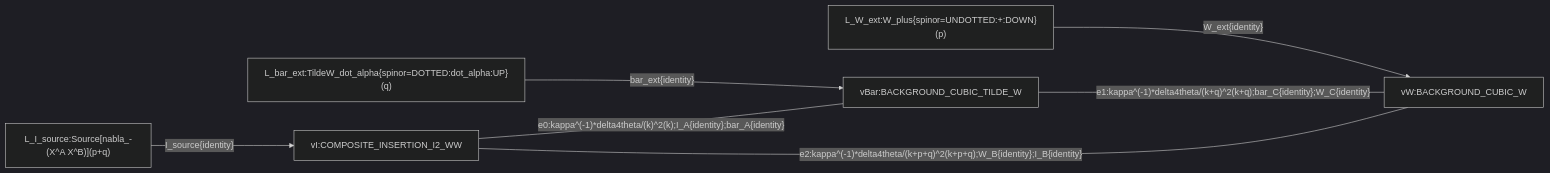
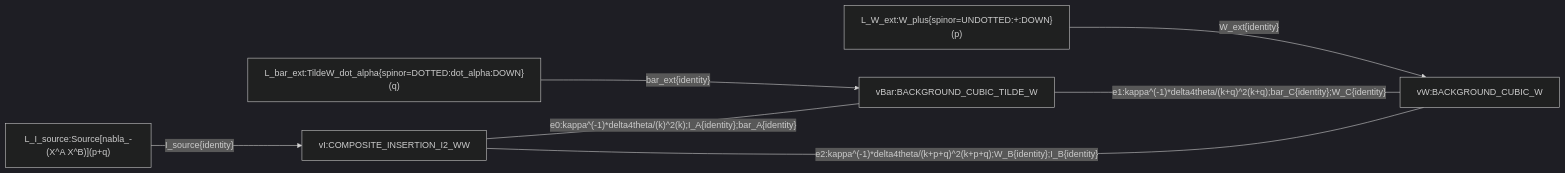
One commit to lbotao399-stack/anomaly-ward-identity-in-susy-theories changed the second of 2 diagrams in generated/step5/typed-pipeline/ww-direct.md. Above: the diagram before and after it, drawn with Mermaid (dark theme). The commit also changed other lines of this file and 150 other files, not shown here.

````diff
--- a/generated/step5/typed-pipeline/ww-direct.md
+++ b/generated/step5/typed-pipeline/ww-direct.md
@@ -67,15 +69,15 @@
 ```mermaid
 graph LR
   vI["vI:COMPOSITE_INSERTION_I2_WW"]
   vBar["vBar:BACKGROUND_CUBIC_TILDE_W"]
   vW["vW:BACKGROUND_CUBIC_W"]
   X_L_I_source["L_I_source:Source[nabla_-(X^A X^B)](p+q)"]
   X_L_I_source -- "I_source{identity}" --> vI
-  X_L_bar_ext["L_bar_ext:TildeW_dot_alpha{spinor=DOTTED:dot_alpha:UP}(q)"]
+  X_L_bar_ext["L_bar_ext:TildeW_dot_alpha{spinor=DOTTED:dot_alpha:DOWN}(q)"]
   X_L_bar_ext -- "bar_ext{identity}" --> vBar
   X_L_W_ext["L_W_ext:W_plus{spinor=UNDOTTED:+:DOWN}(p)"]
   X_L_W_ext -- "W_ext{identity}" --> vW
   vI ---|"e0:kappa^(-1)*delta4theta/(k)^2(k);I_A{identity};bar_A{identity}"| vBar
   vBar ---|"e1:kappa^(-1)*delta4theta/(k+q)^2(k+q);bar_C{identity};W_C{identity}"| vW
   vW ---|"e2:kappa^(-1)*delta4theta/(k+p+q)^2(k+p+q);W_B{identity};I_B{identity}"| vI
 ```
````
